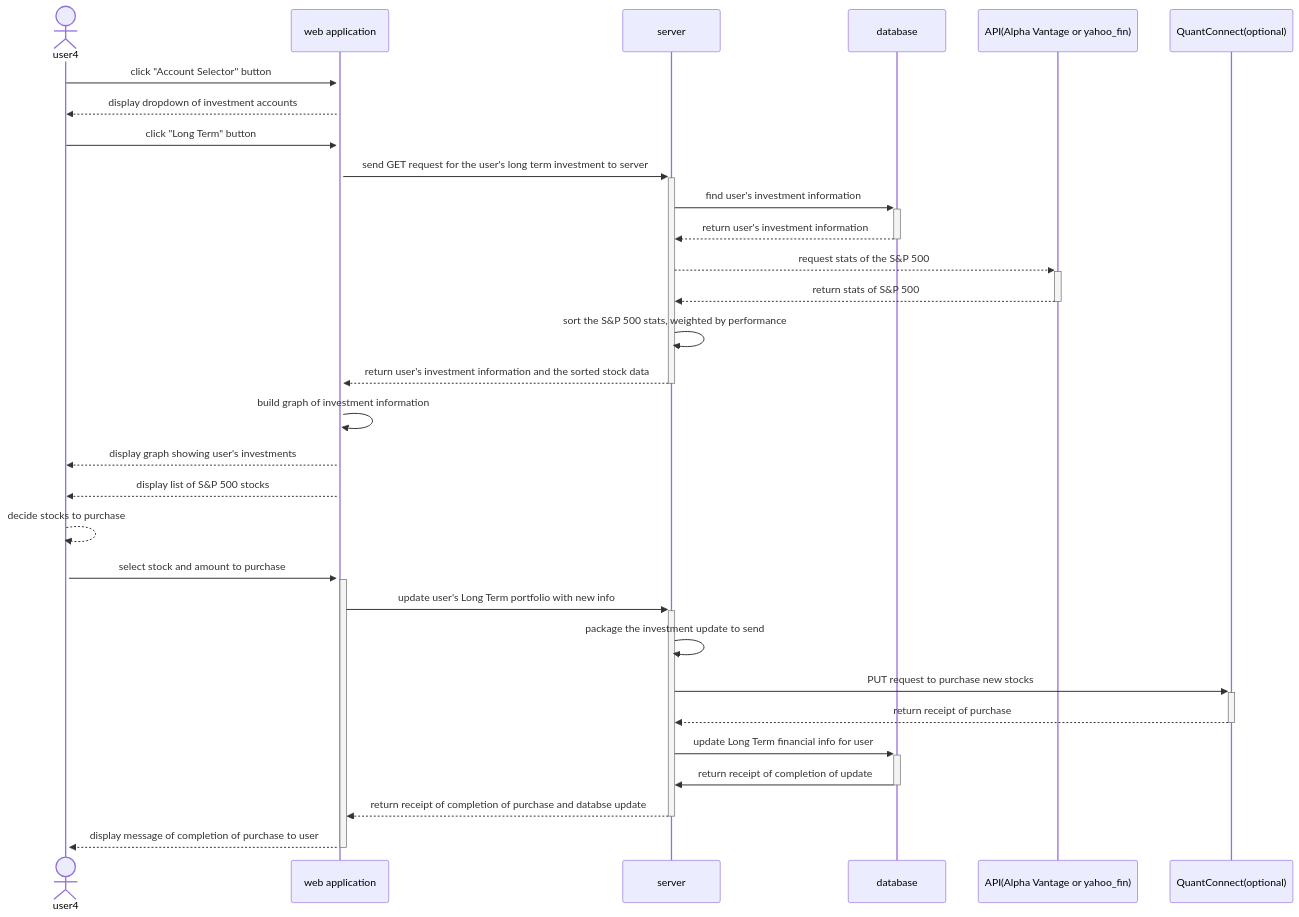
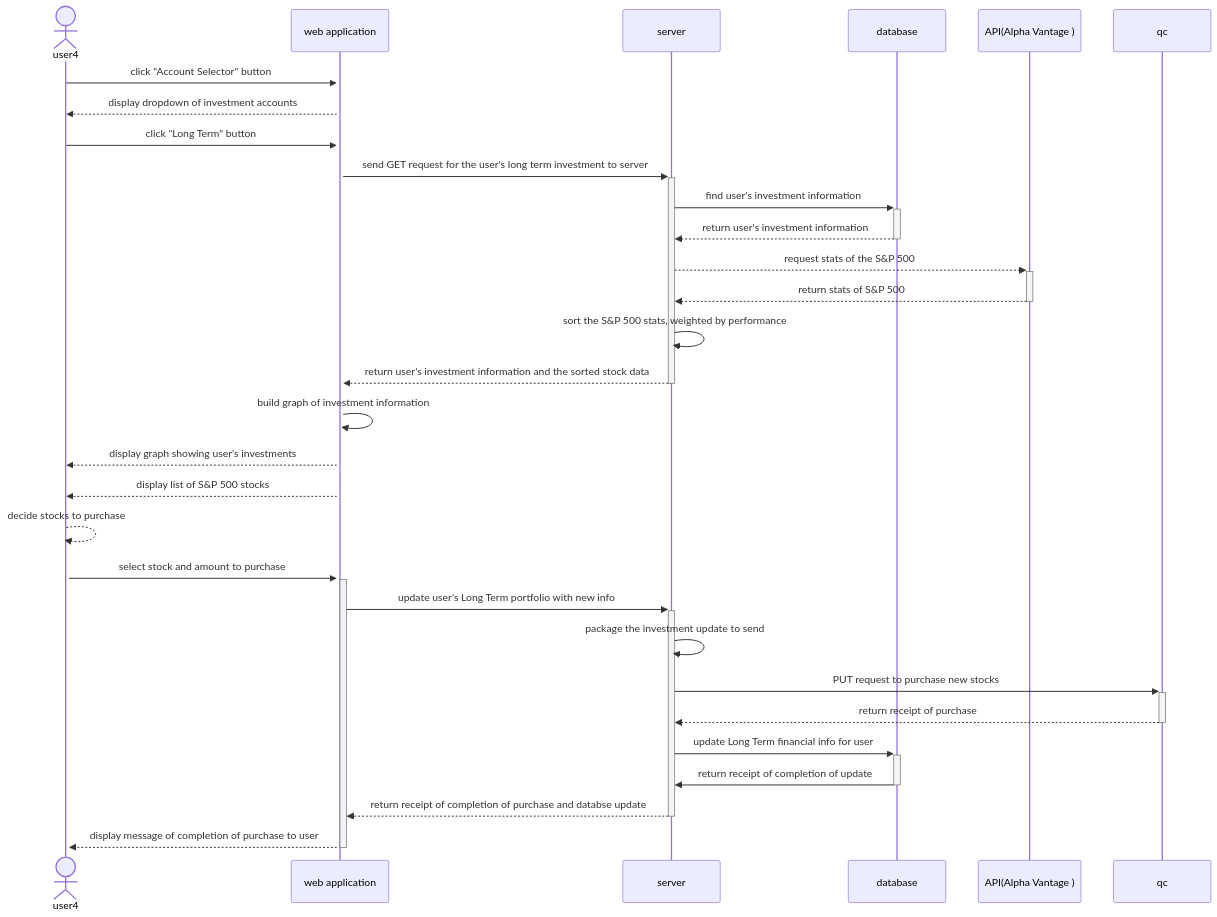
The eighth of 9 diagrams in documentation/docs/system-architecture/design.md (Capstone-Projects-2023-Spring/project-algorithmic-trading), drawn with Mermaid before and after one commit. The commit also changed 4 other files, not shown here.

````diff
--- a/documentation/docs/system-architecture/design.md
+++ b/documentation/docs/system-architecture/design.md
@@ -322,33 +322,33 @@
 ```mermaid
 sequenceDiagram
     actor us as user4
     participant wa as web application
     participant sv as server
     participant db as database
-    participant api as API(Alpha Vantage or yahoo_fin)
-    participant qc as QuantConnect(optional)
+    participant api as API(Alpha Vantage )
+
 
     us ->>+ wa: click "Account Selector" button
     wa -->> us: display dropdown of investment accounts
     us ->> wa: click "Long Term" button
     wa ->>+ sv: send GET request for the user's long term investment to server 
     sv ->>+ db: find user's investment information
     db -->>- sv: return user's investment information
     sv -->>+api: request stats of the S&P 500
     api-->>-sv: return stats of S&P 500
     sv ->> sv: sort the S&P 500 stats, weighted by performance
     sv -->>- wa: return user's investment information and the sorted stock data
     wa ->> wa: build graph of investment information
     wa -->> us: display graph showing user's investments 
     wa -->> us: display list of S&P 500 stocks 
     us -->>+ us: decide stocks to purchase
     us ->>+ wa: select stock and amount to purchase
     wa ->>+ sv: update user's Long Term portfolio with new info
     sv ->> sv: package the investment update to send
     sv ->>+ qc: PUT request to purchase new stocks
     qc -->>- sv: return receipt of purchase
     sv ->>+ db: update Long Term financial info for user
     db ->>- sv: return receipt of completion of update
     sv -->>- wa: return receipt of completion of purchase and databse update
     wa -->>- us: display message of completion of purchase to user
 ```
````
